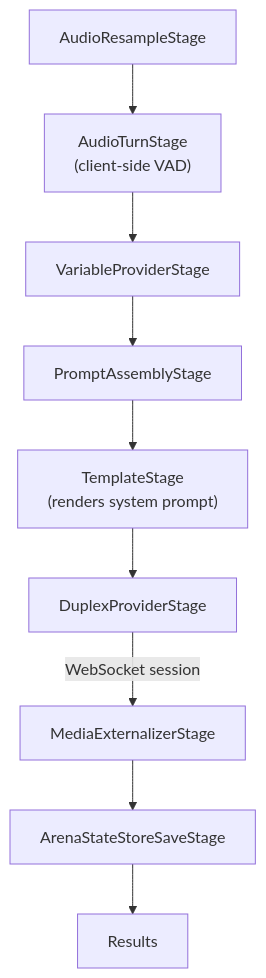
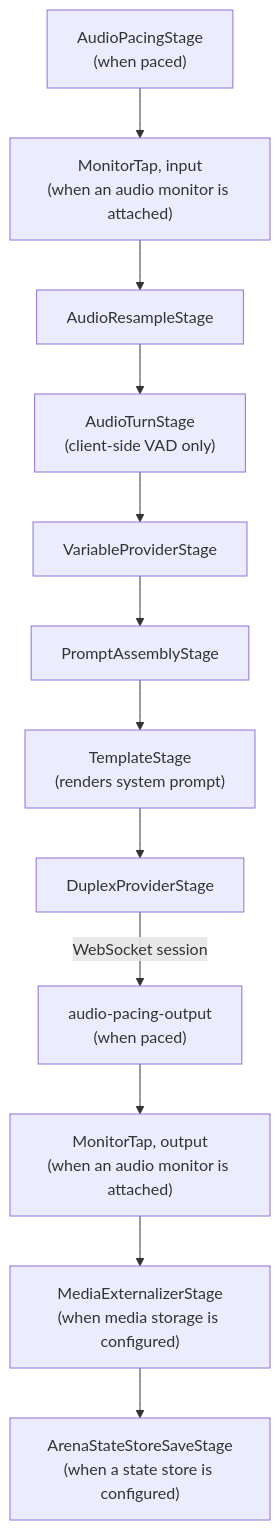
One commit to AltairaLabs/promptarena changed the third of 6 diagrams in docs/src/content/docs/arena/explanation/duplex-architecture.md. Above: the diagram before and after it, drawn with Mermaid. The commit also changed other lines of this file and 2 other files, not shown here.

First line of the commit message:
docs(arena): third pass on the duplex pilot pages

````diff
--- a/docs/src/content/docs/arena/explanation/duplex-architecture.md
+++ b/docs/src/content/docs/arena/explanation/duplex-architecture.md
@@ -73,11 +73,14 @@
 ```mermaid
 flowchart TD
-    rs["AudioResampleStage"] --> ats["AudioTurnStage<br/>(client-side VAD)"]
+    pin["AudioPacingStage<br/>(when paced)"] --> tin["MonitorTap, input<br/>(when an audio monitor is attached)"]
+    tin --> rs["AudioResampleStage"]
+    rs --> ats["AudioTurnStage<br/>(client-side VAD only)"]
     ats --> vps["VariableProviderStage"]
     vps --> pas["PromptAssemblyStage"]
     pas --> ts["TemplateStage<br/>(renders system prompt)"]
     ts --> dps["DuplexProviderStage"]
-    dps -->|WebSocket session| mes["MediaExternalizerStage"]
-    mes --> ass["ArenaStateStoreSaveStage"]
-    ass --> res["Results"]
+    dps -->|WebSocket session| pout["audio-pacing-output<br/>(when paced)"]
+    pout --> tout["MonitorTap, output<br/>(when an audio monitor is attached)"]
+    tout --> mes["MediaExternalizerStage<br/>(when media storage is configured)"]
+    mes --> ass["ArenaStateStoreSaveStage<br/>(when a state store is configured)"]
 ```
````
